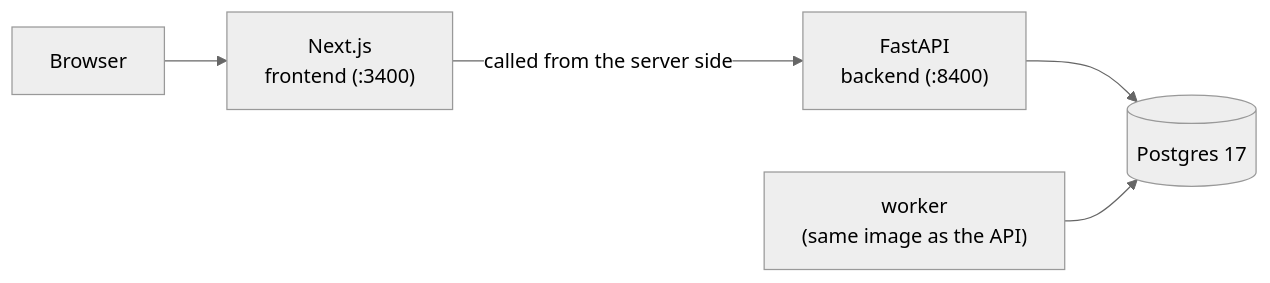
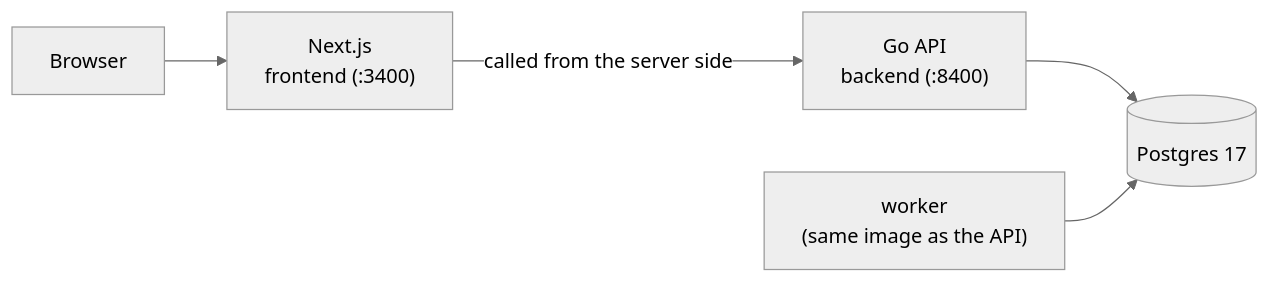
Before and after one commit to Starlight-Tree/ShopOrder: the diagram in README.md, drawn with Mermaid (neutral theme). The commit also changed other lines of this file and 16 other files, not shown here.

````diff
--- a/README.md
+++ b/README.md
@@ -36,7 +36,7 @@
 ```mermaid
 flowchart LR
     B[Browser] --> F["Next.js<br/>frontend (:3400)"]
-    F -->|"called from the server side"| A["FastAPI<br/>backend (:8400)"]
+    F -->|"called from the server side"| A["Go API<br/>backend (:8400)"]
     A --> DB[("Postgres 17")]
     W["worker<br/>(same image as the API)"] --> DB
 ```
````
